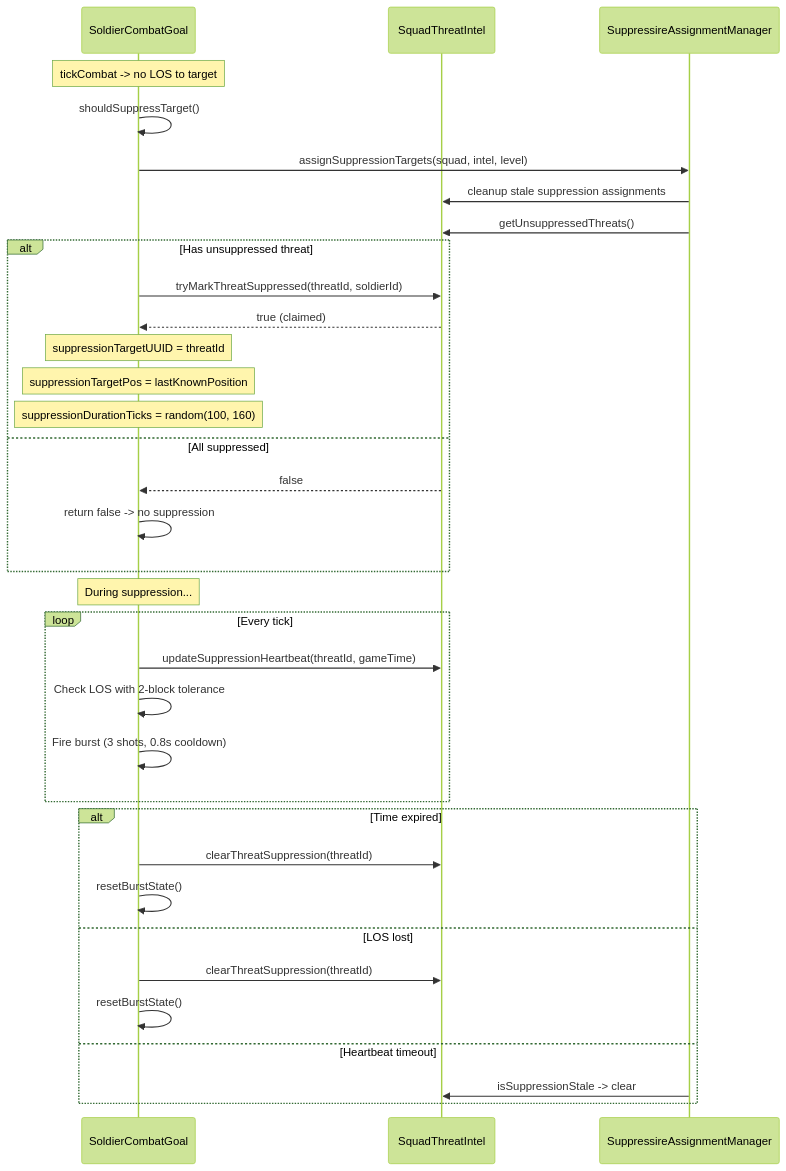
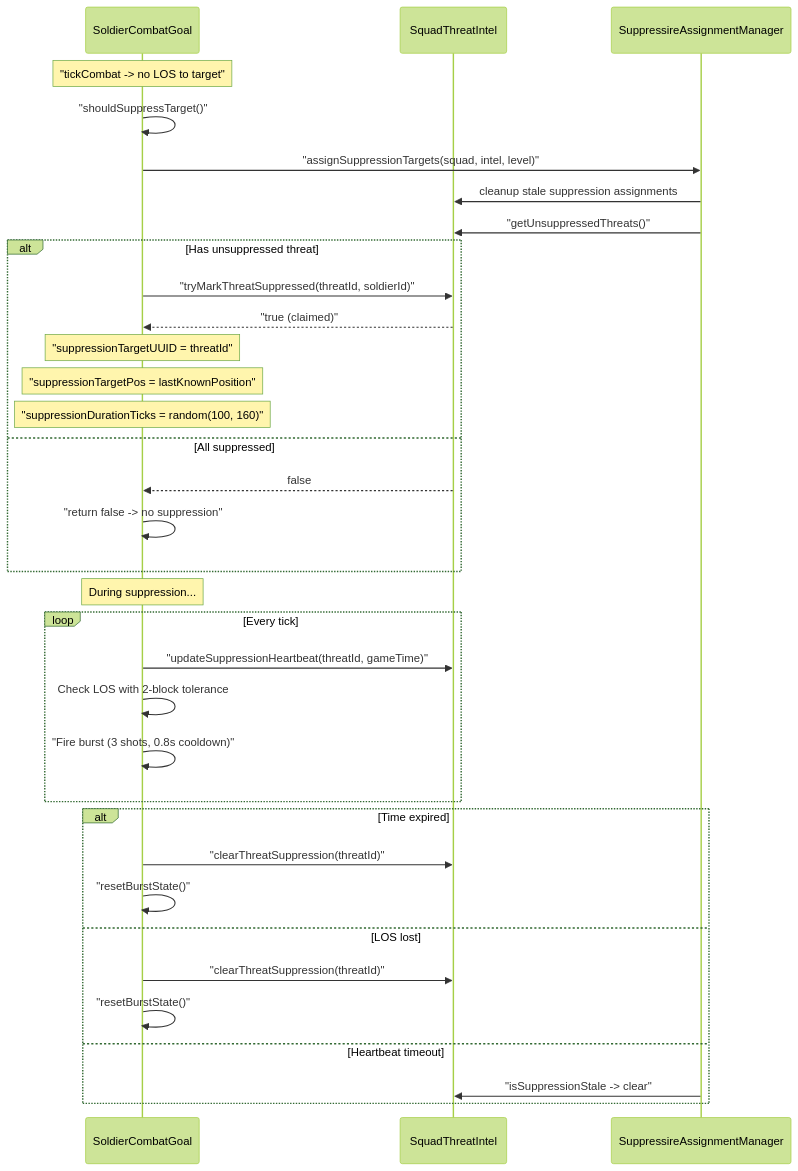
Diagram 26 of 27 in ARCHITECTURE.md (MegiTicky/steves_army), drawn with Mermaid (forest theme) before and after one commit. The commit also changed other lines of this file, not shown here.

Commit message:
Fix Mermaid v11 syntax: quote all node labels with special characters

````diff
--- a/ARCHITECTURE.md
+++ b/ARCHITECTURE.md
@@ -1040,40 +1040,40 @@
 ```mermaid
 sequenceDiagram
     Participant Soldier as SoldierCombatGoal
     Participant Intel as SquadThreatIntel
     Participant Assign as SuppressireAssignmentManager
 
-    Note over Soldier: tickCombat -> no LOS to target
-    Soldier->>Soldier: shouldSuppressTarget()
-    Soldier->>Assign: assignSuppressionTargets(squad, intel, level)
+    Note over Soldier: "tickCombat -> no LOS to target"
+    Soldier->>Soldier: "shouldSuppressTarget()"
+    Soldier->>Assign: "assignSuppressionTargets(squad, intel, level)"
     Assign->>Intel: cleanup stale suppression assignments
-    Assign->>Intel: getUnsuppressedThreats()
+    Assign->>Intel: "getUnsuppressedThreats()"
     
     alt Has unsuppressed threat
-        Soldier->>Intel: tryMarkThreatSuppressed(threatId, soldierId)
-        Intel-->>Soldier: true (claimed)
-        Note over Soldier: suppressionTargetUUID = threatId
-        Note over Soldier: suppressionTargetPos = lastKnownPosition
-        Note over Soldier: suppressionDurationTicks = random(100, 160)
+        Soldier->>Intel: "tryMarkThreatSuppressed(threatId, soldierId)"
+        Intel-->>Soldier: "true (claimed)"
+        Note over Soldier: "suppressionTargetUUID = threatId"
+        Note over Soldier: "suppressionTargetPos = lastKnownPosition"
+        Note over Soldier: "suppressionDurationTicks = random(100, 160)"
     else All suppressed
         Intel-->>Soldier: false
-        Soldier->>Soldier: return false -> no suppression
+        Soldier->>Soldier: "return false -> no suppression"
     end
 
     Note over Soldier: During suppression...
     loop Every tick
-        Soldier->>Intel: updateSuppressionHeartbeat(threatId, gameTime)
+        Soldier->>Intel: "updateSuppressionHeartbeat(threatId, gameTime)"
         Soldier->>Soldier: Check LOS with 2-block tolerance
-        Soldier->>Soldier: Fire burst (3 shots, 0.8s cooldown)
+        Soldier->>Soldier: "Fire burst (3 shots, 0.8s cooldown)"
     end
 
     alt Time expired
-        Soldier->>Intel: clearThreatSuppression(threatId)
-        Soldier->>Soldier: resetBurstState()
+        Soldier->>Intel: "clearThreatSuppression(threatId)"
+        Soldier->>Soldier: "resetBurstState()"
     else LOS lost
-        Soldier->>Intel: clearThreatSuppression(threatId)
-        Soldier->>Soldier: resetBurstState()
+        Soldier->>Intel: "clearThreatSuppression(threatId)"
+        Soldier->>Soldier: "resetBurstState()"
     else Heartbeat timeout
-        Assign->>Intel: isSuppressionStale -> clear
+        Assign->>Intel: "isSuppressionStale -> clear"
     end
 ```
````
